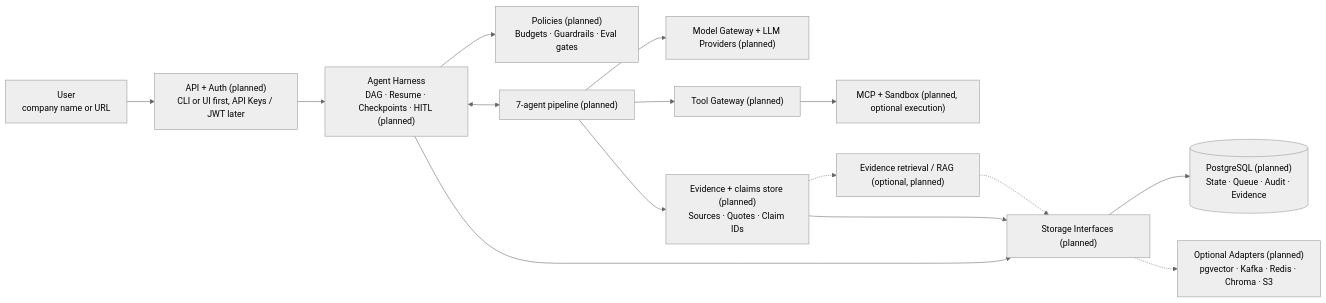
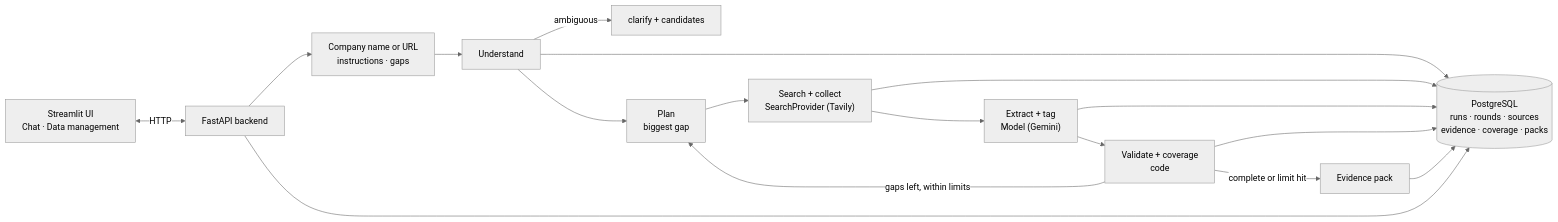
Before and after one commit to efolley/Venture-OS: the diagram in README.md, drawn with Mermaid (neutral theme). The commit also changed other lines of this file and 99 other files, not shown here.

````diff
--- a/README.md
+++ b/README.md
@@ -17,16 +43,16 @@
 ```mermaid
 flowchart LR
-    User["User<br/>company name or URL"] --> API["API + Auth (planned)<br/>CLI or UI first, API Keys / JWT later"]
-    API --> Harness["Agent Harness<br/>DAG · Resume · Checkpoints · HITL (planned)"]
-    Harness --> Policies["Policies (planned)<br/>Budgets · Guardrails · Eval gates"]
-    Harness <--> Agents["7-agent pipeline (planned)"]
-    Agents --> Models["Model Gateway + LLM Providers (planned)"]
-    Agents --> Tools["Tool Gateway (planned)"] --> MCP["MCP + Sandbox (planned, optional execution)"]
-    Agents --> Evidence["Evidence + claims store (planned)<br/>Sources · Quotes · Claim IDs"]
-    Evidence -.-> RAG["Evidence retrieval / RAG (optional, planned)"]
-    Harness --> Storage["Storage Interfaces (planned)"]
-    Evidence --> Storage
-    RAG -.-> Storage
-    Storage --> PG[("PostgreSQL (planned)<br/>State · Queue · Audit · Evidence")]
-    Storage -.-> Scale["Optional Adapters (planned)<br/>pgvector · Kafka · Redis · Chroma · S3"]
+    In["Company name or URL<br/>instructions · gaps"] --> U["Understand"]
+    U -->|"ambiguous"| C["clarify + candidates"]
+    U --> P["Plan<br/>biggest gap"]
+    P --> S["Search + collect<br/>SearchProvider (Tavily)"]
+    S --> X["Extract + tag<br/>Model (Gemini)"]
+    X --> V["Validate + coverage<br/>code"]
+    V -->|"gaps left, within limits"| P
+    V -->|"complete or limit hit"| Pack["Evidence pack"]
+    U & S & X & V --> DB[("PostgreSQL<br/>runs · rounds · sources<br/>evidence · coverage · packs")]
+    Pack --> DB
+    UI["Streamlit UI<br/>Chat · Data management"] <-->|"HTTP"| API["FastAPI backend"]
+    API --> In
+    API --> DB
 ```
````
